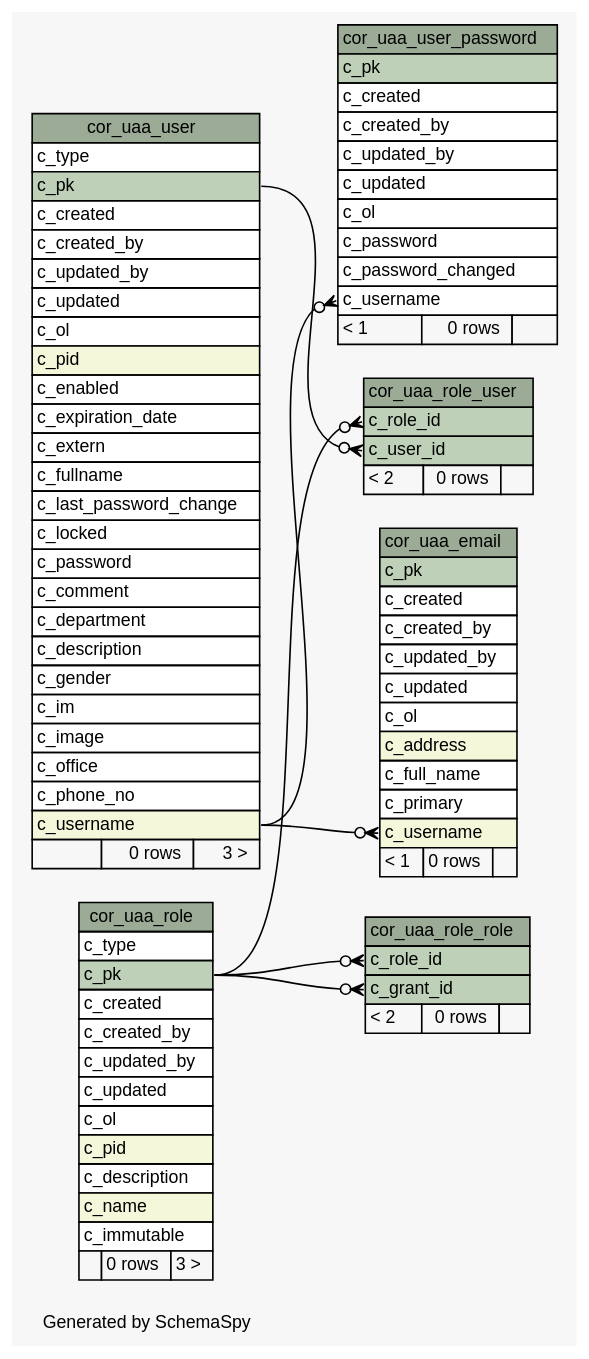
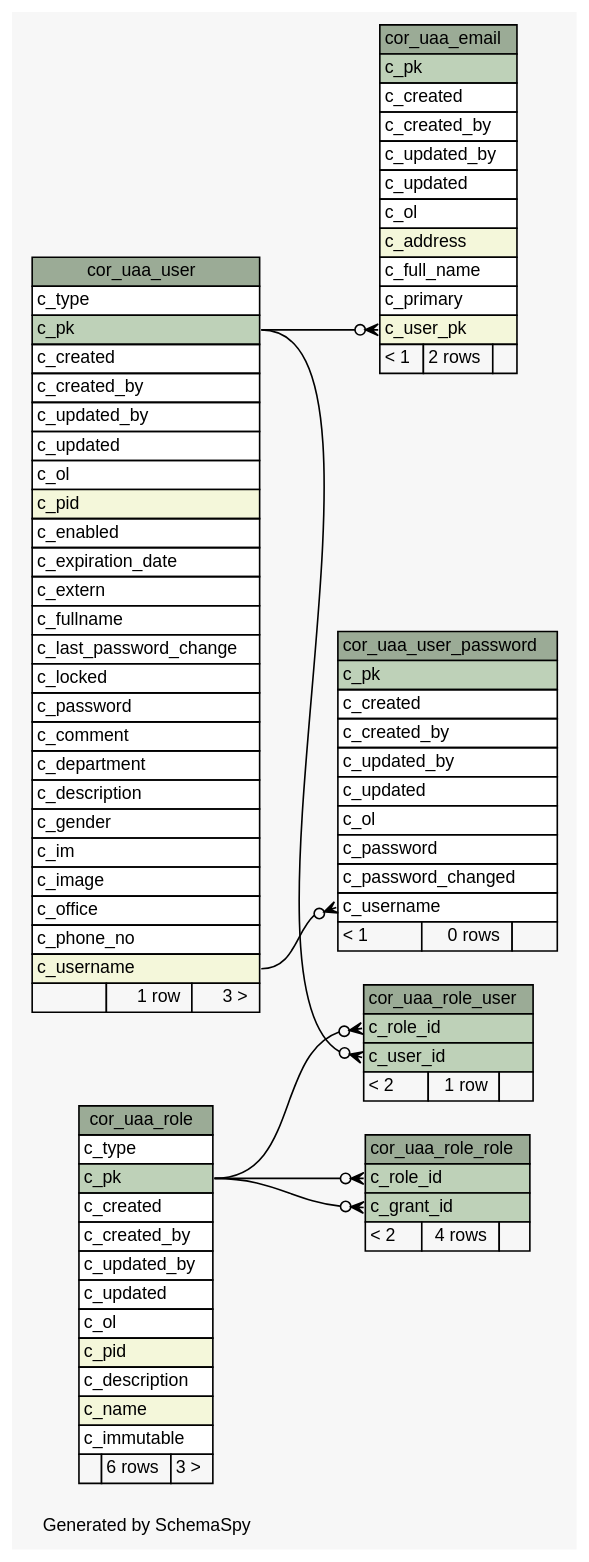
Before and after one commit to openwms/org.openwms.core.uaa: the diagram in 2.0.0-SNAPSHOT/schemaspy/diagrams/summary/relationships.real.large.dot, drawn with Graphviz. The commit also changed 309 other files, not shown here.

```diff
--- a/2.0.0-SNAPSHOT/schemaspy/diagrams/summary/relationships.real.large.dot
+++ b/2.0.0-SNAPSHOT/schemaspy/diagrams/summary/relationships.real.large.dot
@@ -1,140 +1,140 @@
 // dot 2.43.0 on Linux 5.15.0-1020-azure
 // SchemaSpy rev Unknown
 digraph "largeRelationshipsDiagram" {
   graph [
     rankdir="RL"
     bgcolor="#f7f7f7"
     label="\nGenerated by SchemaSpy"
     labeljust="l"
     nodesep="0.18"
     ranksep="0.46"
     fontname="Helvetica"
     fontsize="11"
   ];
   node [
     fontname="Helvetica"
     fontsize="11"
     shape="plaintext"
   ];
   edge [
     arrowsize="0.8"
   ];
   "cor_uaa_email" [
     label=<
     <TABLE BORDER="0" CELLBORDER="1" CELLSPACING="0" BGCOLOR="#ffffff">
       <TR><TD COLSPAN="3" BGCOLOR="#9bab96" ALIGN="CENTER">cor_uaa_email</TD></TR>
       <TR><TD PORT="c_pk" COLSPAN="3" BGCOLOR="#bed1b8" ALIGN="LEFT">c_pk</TD></TR>
       <TR><TD PORT="c_created" COLSPAN="3" ALIGN="LEFT">c_created</TD></TR>
       <TR><TD PORT="c_created_by" COLSPAN="3" ALIGN="LEFT">c_created_by</TD></TR>
       <TR><TD PORT="c_updated_by" COLSPAN="3" ALIGN="LEFT">c_updated_by</TD></TR>
       <TR><TD PORT="c_updated" COLSPAN="3" ALIGN="LEFT">c_updated</TD></TR>
       <TR><TD PORT="c_ol" COLSPAN="3" ALIGN="LEFT">c_ol</TD></TR>
       <TR><TD PORT="c_address" COLSPAN="3" BGCOLOR="#f4f7da" ALIGN="LEFT">c_address</TD></TR>
       <TR><TD PORT="c_full_name" COLSPAN="3" ALIGN="LEFT">c_full_name</TD></TR>
       <TR><TD PORT="c_primary" COLSPAN="3" ALIGN="LEFT">c_primary</TD></TR>
-      <TR><TD PORT="c_username" COLSPAN="3" BGCOLOR="#f4f7da" ALIGN="LEFT">c_username</TD></TR>
-      <TR><TD ALIGN="LEFT" BGCOLOR="#f7f7f7">&lt; 1</TD><TD ALIGN="RIGHT" BGCOLOR="#f7f7f7">0 rows</TD><TD ALIGN="RIGHT" BGCOLOR="#f7f7f7">  </TD></TR>
+      <TR><TD PORT="c_user_pk" COLSPAN="3" BGCOLOR="#f4f7da" ALIGN="LEFT">c_user_pk</TD></TR>
+      <TR><TD ALIGN="LEFT" BGCOLOR="#f7f7f7">&lt; 1</TD><TD ALIGN="RIGHT" BGCOLOR="#f7f7f7">2 rows</TD><TD ALIGN="RIGHT" BGCOLOR="#f7f7f7">  </TD></TR>
     </TABLE>>
     URL="tables/cor_uaa_email.html"
     tooltip="cor_uaa_email"
   ];
   "cor_uaa_role" [
     label=<
     <TABLE BORDER="0" CELLBORDER="1" CELLSPACING="0" BGCOLOR="#ffffff">
       <TR><TD COLSPAN="3" BGCOLOR="#9bab96" ALIGN="CENTER">cor_uaa_role</TD></TR>
       <TR><TD PORT="c_type" COLSPAN="3" ALIGN="LEFT">c_type</TD></TR>
       <TR><TD PORT="c_pk" COLSPAN="3" BGCOLOR="#bed1b8" ALIGN="LEFT">c_pk</TD></TR>
       <TR><TD PORT="c_created" COLSPAN="3" ALIGN="LEFT">c_created</TD></TR>
       <TR><TD PORT="c_created_by" COLSPAN="3" ALIGN="LEFT">c_created_by</TD></TR>
       <TR><TD PORT="c_updated_by" COLSPAN="3" ALIGN="LEFT">c_updated_by</TD></TR>
       <TR><TD PORT="c_updated" COLSPAN="3" ALIGN="LEFT">c_updated</TD></TR>
       <TR><TD PORT="c_ol" COLSPAN="3" ALIGN="LEFT">c_ol</TD></TR>
       <TR><TD PORT="c_pid" COLSPAN="3" BGCOLOR="#f4f7da" ALIGN="LEFT">c_pid</TD></TR>
       <TR><TD PORT="c_description" COLSPAN="3" ALIGN="LEFT">c_description</TD></TR>
       <TR><TD PORT="c_name" COLSPAN="3" BGCOLOR="#f4f7da" ALIGN="LEFT">c_name</TD></TR>
       <TR><TD PORT="c_immutable" COLSPAN="3" ALIGN="LEFT">c_immutable</TD></TR>
-      <TR><TD ALIGN="LEFT" BGCOLOR="#f7f7f7">  </TD><TD ALIGN="RIGHT" BGCOLOR="#f7f7f7">0 rows</TD><TD ALIGN="RIGHT" BGCOLOR="#f7f7f7">3 &gt;</TD></TR>
+      <TR><TD ALIGN="LEFT" BGCOLOR="#f7f7f7">  </TD><TD ALIGN="RIGHT" BGCOLOR="#f7f7f7">6 rows</TD><TD ALIGN="RIGHT" BGCOLOR="#f7f7f7">3 &gt;</TD></TR>
     </TABLE>>
     URL="tables/cor_uaa_role.html"
     tooltip="cor_uaa_role"
   ];
   "cor_uaa_role_role" [
     label=<
     <TABLE BORDER="0" CELLBORDER="1" CELLSPACING="0" BGCOLOR="#ffffff">
       <TR><TD COLSPAN="3" BGCOLOR="#9bab96" ALIGN="CENTER">cor_uaa_role_role</TD></TR>
       <TR><TD PORT="c_role_id" COLSPAN="3" BGCOLOR="#bed1b8" ALIGN="LEFT">c_role_id</TD></TR>
       <TR><TD PORT="c_grant_id" COLSPAN="3" BGCOLOR="#bed1b8" ALIGN="LEFT">c_grant_id</TD></TR>
-      <TR><TD ALIGN="LEFT" BGCOLOR="#f7f7f7">&lt; 2</TD><TD ALIGN="RIGHT" BGCOLOR="#f7f7f7">0 rows</TD><TD ALIGN="RIGHT" BGCOLOR="#f7f7f7">  </TD></TR>
+      <TR><TD ALIGN="LEFT" BGCOLOR="#f7f7f7">&lt; 2</TD><TD ALIGN="RIGHT" BGCOLOR="#f7f7f7">4 rows</TD><TD ALIGN="RIGHT" BGCOLOR="#f7f7f7">  </TD></TR>
     </TABLE>>
     URL="tables/cor_uaa_role_role.html"
     tooltip="cor_uaa_role_role"
   ];
   "cor_uaa_role_user" [
     label=<
     <TABLE BORDER="0" CELLBORDER="1" CELLSPACING="0" BGCOLOR="#ffffff">
       <TR><TD COLSPAN="3" BGCOLOR="#9bab96" ALIGN="CENTER">cor_uaa_role_user</TD></TR>
       <TR><TD PORT="c_role_id" COLSPAN="3" BGCOLOR="#bed1b8" ALIGN="LEFT">c_role_id</TD></TR>
       <TR><TD PORT="c_user_id" COLSPAN="3" BGCOLOR="#bed1b8" ALIGN="LEFT">c_user_id</TD></TR>
-      <TR><TD ALIGN="LEFT" BGCOLOR="#f7f7f7">&lt; 2</TD><TD ALIGN="RIGHT" BGCOLOR="#f7f7f7">0 rows</TD><TD ALIGN="RIGHT" BGCOLOR="#f7f7f7">  </TD></TR>
+      <TR><TD ALIGN="LEFT" BGCOLOR="#f7f7f7">&lt; 2</TD><TD ALIGN="RIGHT" BGCOLOR="#f7f7f7">1 row</TD><TD ALIGN="RIGHT" BGCOLOR="#f7f7f7">  </TD></TR>
     </TABLE>>
     URL="tables/cor_uaa_role_user.html"
     tooltip="cor_uaa_role_user"
   ];
   "cor_uaa_user" [
     label=<
     <TABLE BORDER="0" CELLBORDER="1" CELLSPACING="0" BGCOLOR="#ffffff">
       <TR><TD COLSPAN="3" BGCOLOR="#9bab96" ALIGN="CENTER">cor_uaa_user</TD></TR>
       <TR><TD PORT="c_type" COLSPAN="3" ALIGN="LEFT">c_type</TD></TR>
       <TR><TD PORT="c_pk" COLSPAN="3" BGCOLOR="#bed1b8" ALIGN="LEFT">c_pk</TD></TR>
       <TR><TD PORT="c_created" COLSPAN="3" ALIGN="LEFT">c_created</TD></TR>
       <TR><TD PORT="c_created_by" COLSPAN="3" ALIGN="LEFT">c_created_by</TD></TR>
       <TR><TD PORT="c_updated_by" COLSPAN="3" ALIGN="LEFT">c_updated_by</TD></TR>
       <TR><TD PORT="c_updated" COLSPAN="3" ALIGN="LEFT">c_updated</TD></TR>
       <TR><TD PORT="c_ol" COLSPAN="3" ALIGN="LEFT">c_ol</TD></TR>
       <TR><TD PORT="c_pid" COLSPAN="3" BGCOLOR="#f4f7da" ALIGN="LEFT">c_pid</TD></TR>
       <TR><TD PORT="c_enabled" COLSPAN="3" ALIGN="LEFT">c_enabled</TD></TR>
       <TR><TD PORT="c_expiration_date" COLSPAN="3" ALIGN="LEFT">c_expiration_date</TD></TR>
       <TR><TD PORT="c_extern" COLSPAN="3" ALIGN="LEFT">c_extern</TD></TR>
       <TR><TD PORT="c_fullname" COLSPAN="3" ALIGN="LEFT">c_fullname</TD></TR>
       <TR><TD PORT="c_last_password_change" COLSPAN="3" ALIGN="LEFT">c_last_password_change</TD></TR>
       <TR><TD PORT="c_locked" COLSPAN="3" ALIGN="LEFT">c_locked</TD></TR>
       <TR><TD PORT="c_password" COLSPAN="3" ALIGN="LEFT">c_password</TD></TR>
       <TR><TD PORT="c_comment" COLSPAN="3" ALIGN="LEFT">c_comment</TD></TR>
       <TR><TD PORT="c_department" COLSPAN="3" ALIGN="LEFT">c_department</TD></TR>
       <TR><TD PORT="c_description" COLSPAN="3" ALIGN="LEFT">c_description</TD></TR>
       <TR><TD PORT="c_gender" COLSPAN="3" ALIGN="LEFT">c_gender</TD></TR>
       <TR><TD PORT="c_im" COLSPAN="3" ALIGN="LEFT">c_im</TD></TR>
       <TR><TD PORT="c_image" COLSPAN="3" ALIGN="LEFT">c_image</TD></TR>
       <TR><TD PORT="c_office" COLSPAN="3" ALIGN="LEFT">c_office</TD></TR>
       <TR><TD PORT="c_phone_no" COLSPAN="3" ALIGN="LEFT">c_phone_no</TD></TR>
       <TR><TD PORT="c_username" COLSPAN="3" BGCOLOR="#f4f7da" ALIGN="LEFT">c_username</TD></TR>
-      <TR><TD ALIGN="LEFT" BGCOLOR="#f7f7f7">  </TD><TD ALIGN="RIGHT" BGCOLOR="#f7f7f7">0 rows</TD><TD ALIGN="RIGHT" BGCOLOR="#f7f7f7">3 &gt;</TD></TR>
+      <TR><TD ALIGN="LEFT" BGCOLOR="#f7f7f7">  </TD><TD ALIGN="RIGHT" BGCOLOR="#f7f7f7">1 row</TD><TD ALIGN="RIGHT" BGCOLOR="#f7f7f7">3 &gt;</TD></TR>
     </TABLE>>
     URL="tables/cor_uaa_user.html"
     tooltip="cor_uaa_user"
   ];
   "cor_uaa_user_password" [
     label=<
     <TABLE BORDER="0" CELLBORDER="1" CELLSPACING="0" BGCOLOR="#ffffff">
       <TR><TD COLSPAN="3" BGCOLOR="#9bab96" ALIGN="CENTER">cor_uaa_user_password</TD></TR>
       <TR><TD PORT="c_pk" COLSPAN="3" BGCOLOR="#bed1b8" ALIGN="LEFT">c_pk</TD></TR>
       <TR><TD PORT="c_created" COLSPAN="3" ALIGN="LEFT">c_created</TD></TR>
       <TR><TD PORT="c_created_by" COLSPAN="3" ALIGN="LEFT">c_created_by</TD></TR>
       <TR><TD PORT="c_updated_by" COLSPAN="3" ALIGN="LEFT">c_updated_by</TD></TR>
       <TR><TD PORT="c_updated" COLSPAN="3" ALIGN="LEFT">c_updated</TD></TR>
       <TR><TD PORT="c_ol" COLSPAN="3" ALIGN="LEFT">c_ol</TD></TR>
       <TR><TD PORT="c_password" COLSPAN="3" ALIGN="LEFT">c_password</TD></TR>
       <TR><TD PORT="c_password_changed" COLSPAN="3" ALIGN="LEFT">c_password_changed</TD></TR>
       <TR><TD PORT="c_username" COLSPAN="3" ALIGN="LEFT">c_username</TD></TR>
       <TR><TD ALIGN="LEFT" BGCOLOR="#f7f7f7">&lt; 1</TD><TD ALIGN="RIGHT" BGCOLOR="#f7f7f7">0 rows</TD><TD ALIGN="RIGHT" BGCOLOR="#f7f7f7">  </TD></TR>
     </TABLE>>
     URL="tables/cor_uaa_user_password.html"
     tooltip="cor_uaa_user_password"
   ];
-  "cor_uaa_email":"c_username":w -> "cor_uaa_user":"c_username":e [arrowhead=none dir=back arrowtail=crowodot];
+  "cor_uaa_email":"c_user_pk":w -> "cor_uaa_user":"c_pk":e [arrowhead=none dir=back arrowtail=crowodot];
   "cor_uaa_role_role":"c_grant_id":w -> "cor_uaa_role":"c_pk":e [arrowhead=none dir=back arrowtail=crowodot];
   "cor_uaa_role_role":"c_role_id":w -> "cor_uaa_role":"c_pk":e [arrowhead=none dir=back arrowtail=crowodot];
   "cor_uaa_role_user":"c_role_id":w -> "cor_uaa_role":"c_pk":e [arrowhead=none dir=back arrowtail=crowodot];
   "cor_uaa_role_user":"c_user_id":w -> "cor_uaa_user":"c_pk":e [arrowhead=none dir=back arrowtail=crowodot];
   "cor_uaa_user_password":"c_username":w -> "cor_uaa_user":"c_username":e [arrowhead=none dir=back arrowtail=crowodot];
 }
```
